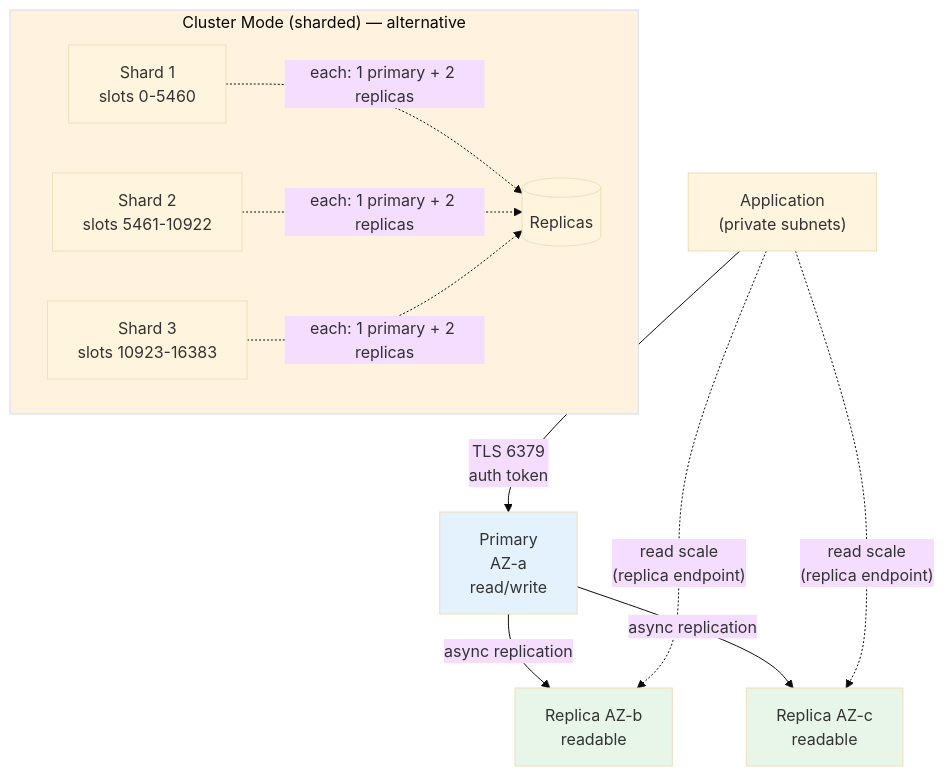
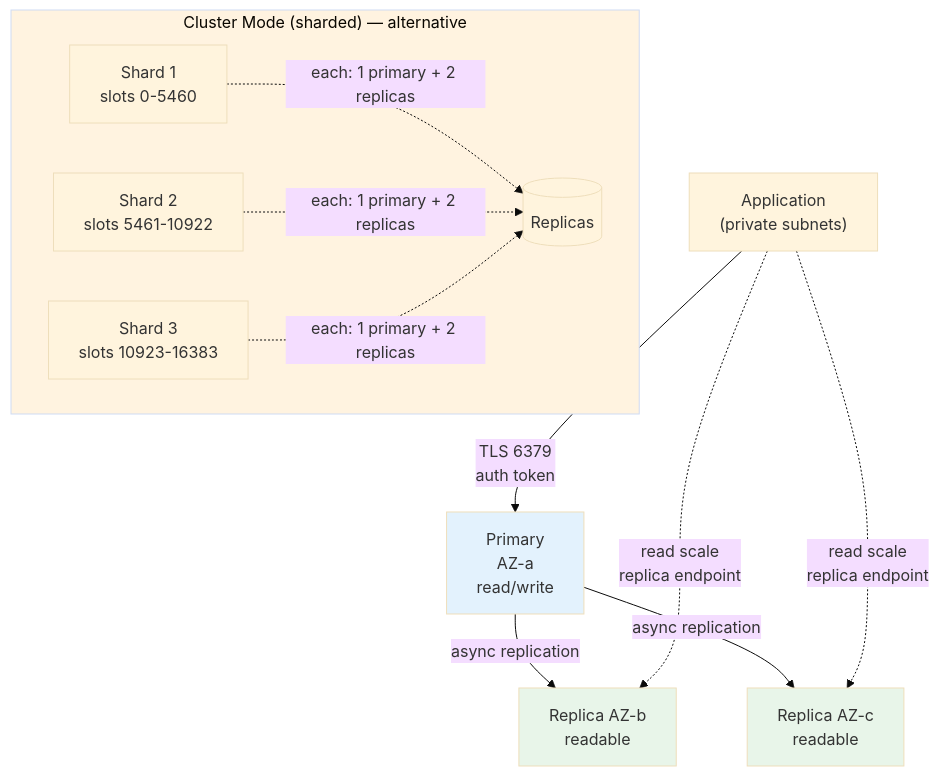
The third of 7 diagrams in vol-12-cloud-infra/ch06-managed-services.md (bumbsclaw/textbooks), drawn with Mermaid (base theme) before and after one commit. The commit also changed other lines of this file and 173 other files, not shown here.

First line of the commit message:
fix(mermaid): close note brackets, semicolons in Notes, stateDiagram br -> dash, edge parens

````diff
--- a/vol-12-cloud-infra/ch06-managed-services.md
+++ b/vol-12-cloud-infra/ch06-managed-services.md
@@ -423,19 +423,19 @@
 ```mermaid
 flowchart TB
-    App["Application<br/>(private subnets)"] -->|"TLS 6379<br/>auth token"| Primary["Primary<br/>AZ-a<br/>read/write"]
+    App["Application<br/>(private subnets)"] -->|"TLS 6379<br >auth token"| Primary["Primary<br/>AZ-a<br/>read/write"]
     Primary -->|"async replication"| Replica1["Replica AZ-b<br/>readable"]
     Primary -->|"async replication"| Replica2["Replica AZ-c<br/>readable"]
-    App -.->|"read scale<br/>(replica endpoint)"| Replica1 & Replica2
+    App -.->|"read scale<br > replica endpoint "| Replica1 & Replica2
 
     subgraph ClusterMode["Cluster Mode (sharded) — alternative"]
         Shard1["Shard 1<br/>slots 0-5460"]
         Shard2["Shard 2<br/>slots 5461-10922"]
         Shard3["Shard 3<br/>slots 10923-16383"]
         Shard1 & Shard2 & Shard3 -.->|"each: 1 primary + 2 replicas"| Rep[("Replicas")]
     end
 
     style Primary fill:#e3f2fd
     style Replica1 fill:#e8f5e9
     style Replica2 fill:#e8f5e9
     style ClusterMode fill:#fff3e0
 ```
````
